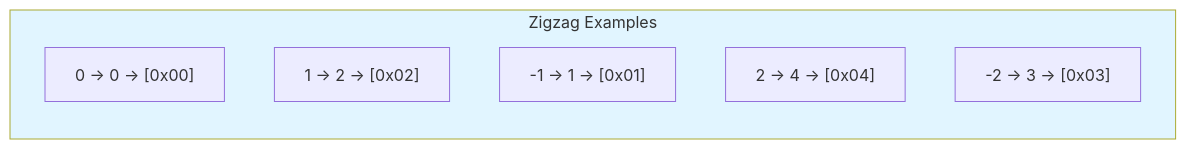
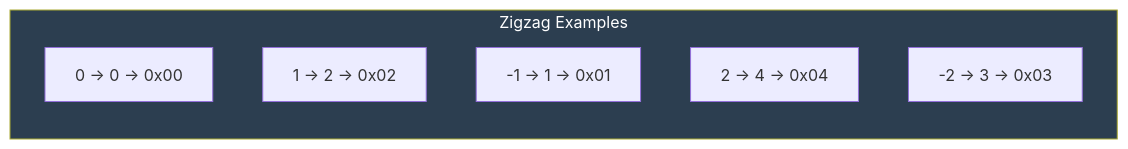
One commit to Mikedan37/BlazeBinary changed the sixth of 19 diagrams in README.md. Above: the diagram before and after it, drawn with Mermaid. The commit also changed other lines of this file and 11 other files, not shown here.

First line of the commit message:
Improve Mermaid diagrams and code display formatting

````diff
--- a/README.md
+++ b/README.md
@@ -327,12 +327,12 @@
 ```mermaid
 graph LR
     subgraph Examples["Zigzag Examples"]
-        E1["0 → 0 → [0x00]"]
-        E2["1 → 2 → [0x02]"]
-        E3["-1 → 1 → [0x01]"]
-        E4["2 → 4 → [0x04]"]
-        E5["-2 → 3 → [0x03]"]
+        E1["0 → 0 → 0x00"]
+        E2["1 → 2 → 0x02"]
+        E3["-1 → 1 → 0x01"]
+        E4["2 → 4 → 0x04"]
+        E5["-2 → 3 → 0x03"]
     end
     
-    style Examples fill:#e1f5ff
+    style Examples fill:#2c3e50,color:#ffffff
 ```
````
